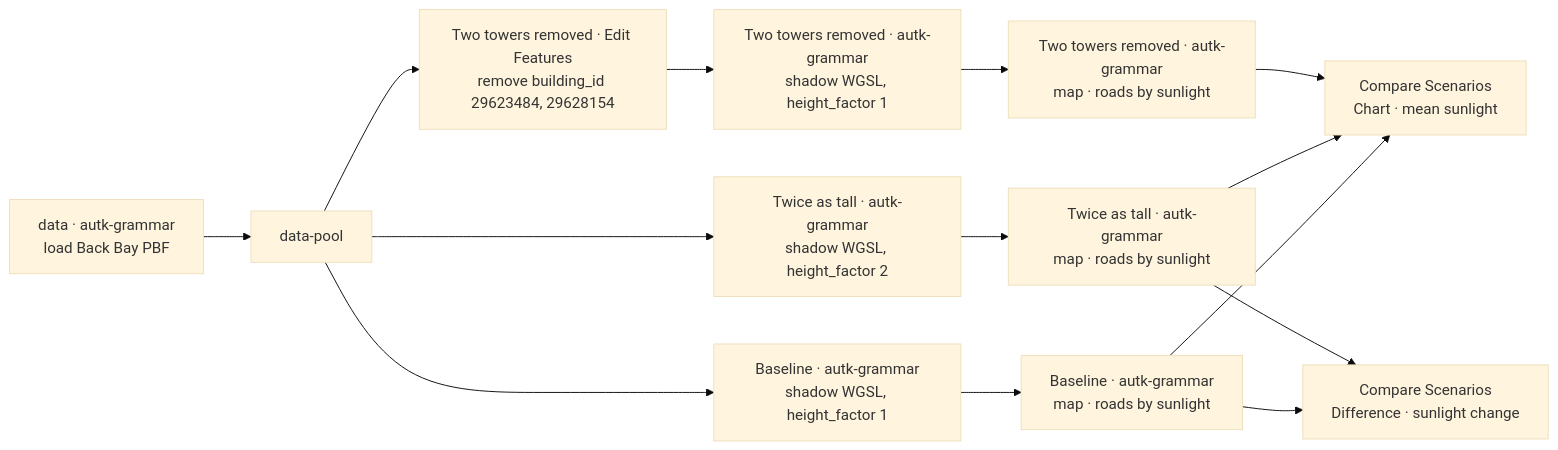
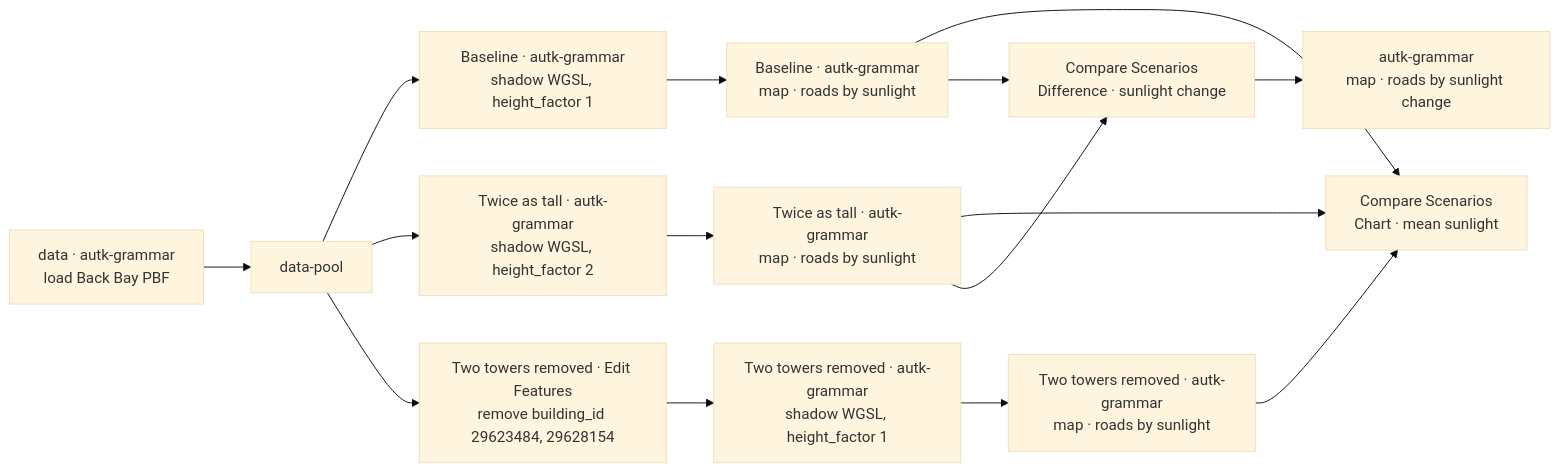
The diagram in docs/examples/06-autark-what-if-shadow-study.md (urban-toolkit/curio), drawn with Mermaid (base theme) before and after one commit. The commit also changed other lines of this file and 37 other files, not shown here.

````diff
--- a/docs/examples/06-autark-what-if-shadow-study.md
+++ b/docs/examples/06-autark-what-if-shadow-study.md
@@ -18,23 +18,25 @@
 ```mermaid
 flowchart LR
   D["data · autk-grammar<br/>load Back Bay PBF"]
   P["data-pool"]
   BC["Baseline · autk-grammar<br/>shadow WGSL, height_factor 1"]
   BM["Baseline · autk-grammar<br/>map · roads by sunlight"]
   MC["Twice as tall · autk-grammar<br/>shadow WGSL, height_factor 2"]
   MM["Twice as tall · autk-grammar<br/>map · roads by sunlight"]
   TE["Two towers removed · Edit Features<br/>remove building_id 29623484, 29628154"]
   TC["Two towers removed · autk-grammar<br/>shadow WGSL, height_factor 1"]
   TM["Two towers removed · autk-grammar<br/>map · roads by sunlight"]
   CC["Compare Scenarios<br/>Chart · mean sunlight"]
   CD["Compare Scenarios<br/>Difference · sunlight change"]
+  DM["autk-grammar<br/>map · roads by sunlight change"]
   D --> P
   P --> BC --> BM
   P --> MC --> MM
   P --> TE --> TC --> TM
   BM --> CC
   MM --> CC
   TM --> CC
   BM --> CD
   MM --> CD
+  CD --> DM
 ```
````
